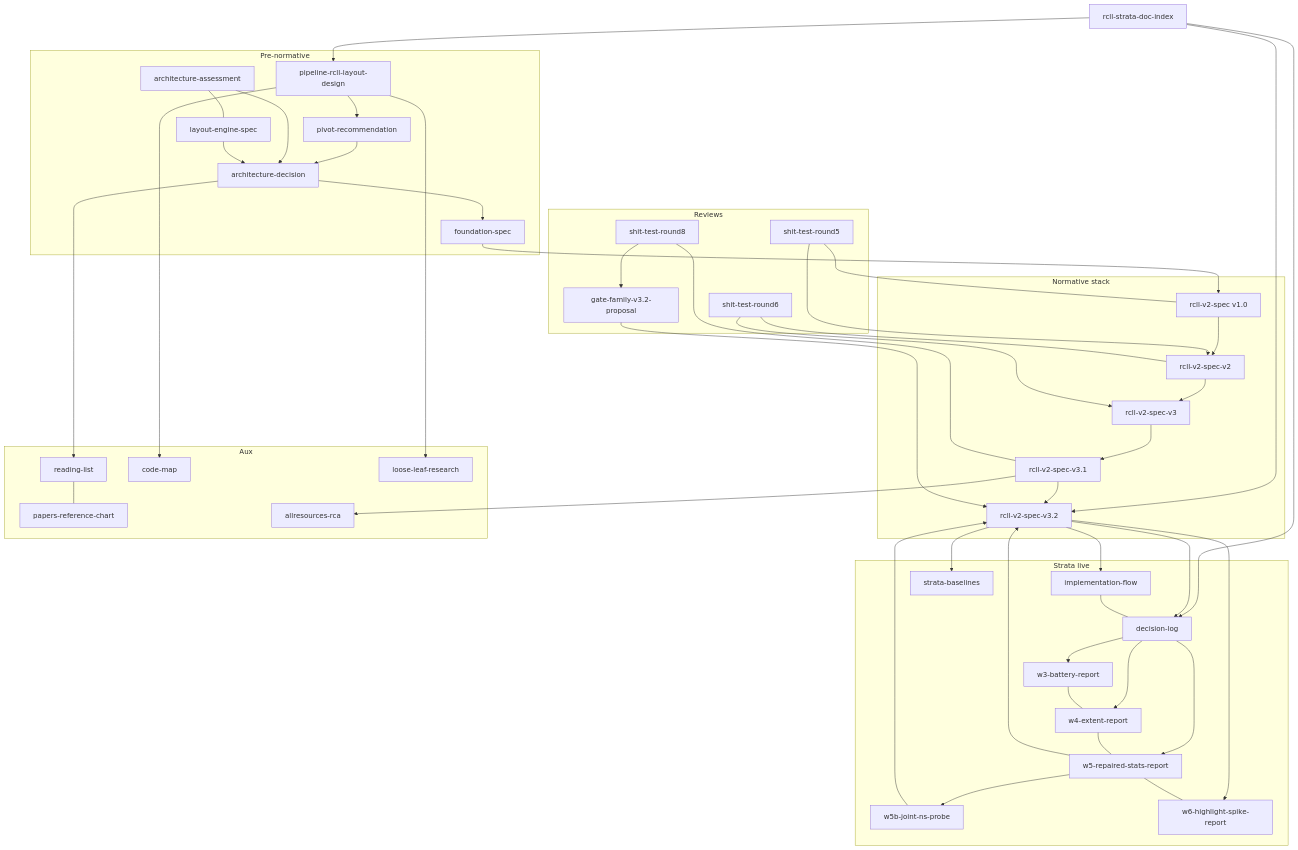
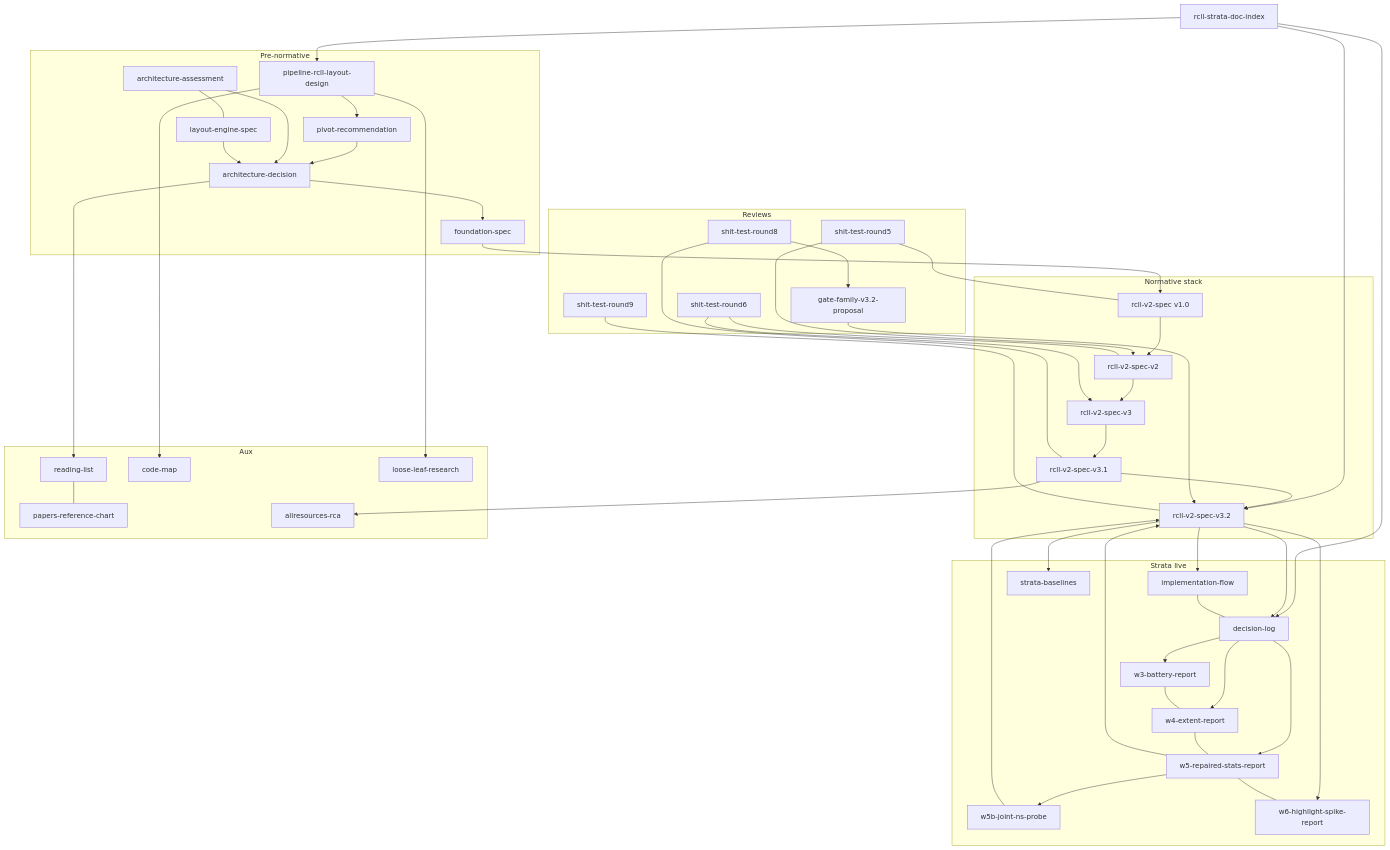
Before and after one commit to TusharSariya/excalidraw-tf: the diagram in docs/rcll-strata-doc-index.md, drawn with Mermaid. The commit also changed other lines of this file and 2 other files, not shown here.

First line of the commit message:
docs(strata): round 9 — packed-hull crossing-objective blind spot (SDEC-57)

```diff
--- a/docs/rcll-strata-doc-index.md
+++ b/docs/rcll-strata-doc-index.md
@@ -115,6 +116,7 @@
     R6[shit-test-round6]
     R8[shit-test-round8]
     Prop[gate-family-v3.2-proposal]
+    R9[shit-test-round9]
   end
 
   subgraph strata [Strata live]
@@ -160,6 +162,7 @@
   Prop --> V32
   W5 --> V32
   W5b --> V32
+  R9 --- V32
 
   V32 --> Flow
   V32 --> Log
```
